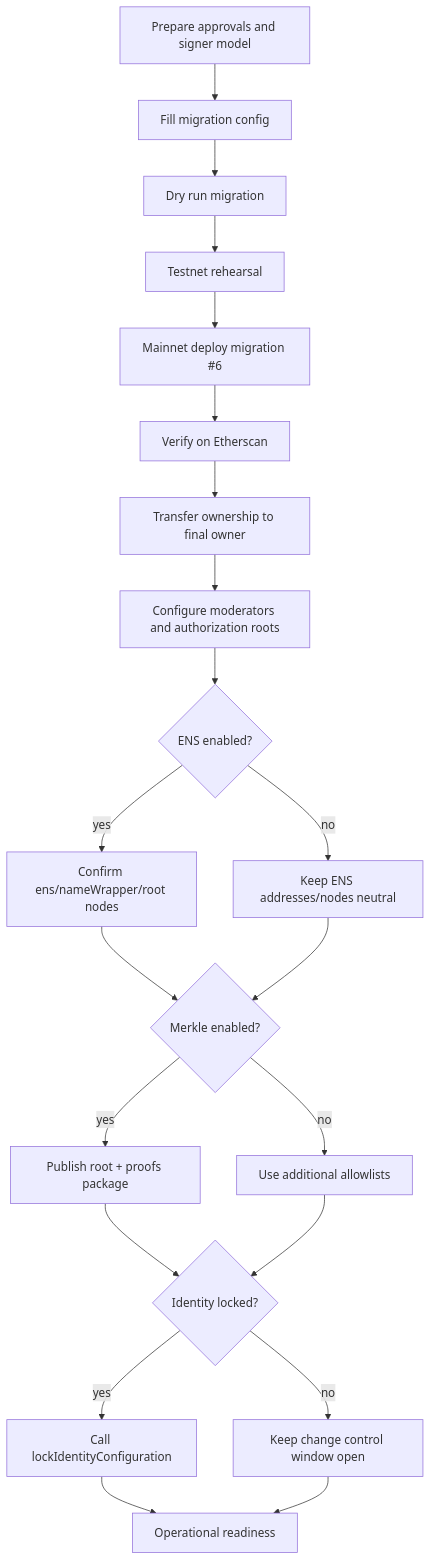
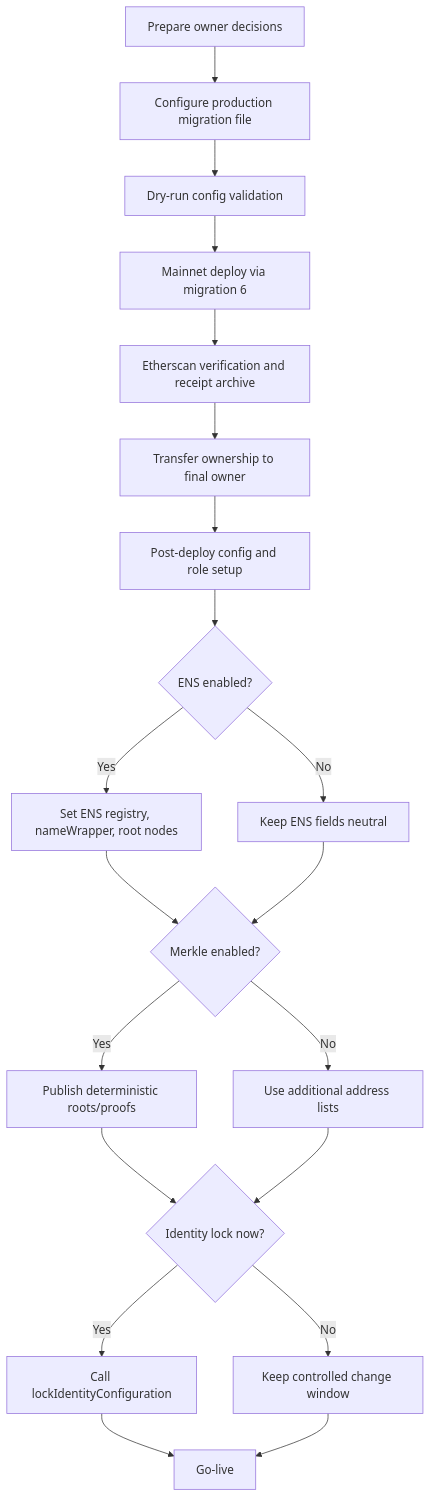
One commit to MontrealAI/AGIJobManager changed the first of 4 diagrams in docs/DEPLOYMENT/OWNER_MAINNET_DEPLOYMENT_AND_OPERATIONS_GUIDE.md. Above: the diagram before and after it, drawn with Mermaid. The commit also changed other lines of this file, not shown here.

Commit message:
docs: publish owner-facing mainnet deployment and operations guide

````diff
--- a/docs/DEPLOYMENT/OWNER_MAINNET_DEPLOYMENT_AND_OPERATIONS_GUIDE.md
+++ b/docs/DEPLOYMENT/OWNER_MAINNET_DEPLOYMENT_AND_OPERATIONS_GUIDE.md
@@ -124,23 +82,22 @@
 ```mermaid
 flowchart TD
-  A[Prepare approvals and signer model] --> B[Fill migration config]
-  B --> C[Dry run migration]
-  C --> D[Testnet rehearsal]
-  D --> E[Mainnet deploy migration #6]
-  E --> F[Verify on Etherscan]
-  F --> G[Transfer ownership to final owner]
-  G --> H[Configure moderators and authorization roots]
-  H --> I{ENS enabled?}
-  I -- yes --> I1[Confirm ens/nameWrapper/root nodes]
-  I -- no --> I2[Keep ENS addresses/nodes neutral]
-  I1 --> J{Merkle enabled?}
+  A[Prepare owner decisions] --> B[Configure production migration file]
+  B --> C[Dry-run config validation]
+  C --> D[Mainnet deploy via migration 6]
+  D --> E[Etherscan verification and receipt archive]
+  E --> F[Transfer ownership to final owner]
+  F --> G[Post-deploy config and role setup]
+  G --> H{ENS enabled?}
+  H -- Yes --> H1[Set ENS registry, nameWrapper, root nodes]
+  H -- No --> H2[Keep ENS fields neutral]
+  H1 --> I{Merkle enabled?}
+  H2 --> I
+  I -- Yes --> I1[Publish deterministic roots/proofs]
+  I -- No --> I2[Use additional address lists]
+  I1 --> J{Identity lock now?}
   I2 --> J
-  J -- yes --> J1[Publish root + proofs package]
-  J -- no --> J2[Use additional allowlists]
-  J1 --> K{Identity locked?}
+  J -- Yes --> J1[Call lockIdentityConfiguration]
+  J -- No --> J2[Keep controlled change window]
+  J1 --> K[Go-live]
   J2 --> K
-  K -- yes --> K1[Call lockIdentityConfiguration]
-  K -- no --> K2[Keep change control window open]
-  K1 --> L[Operational readiness]
-  K2 --> L
 ```
````
